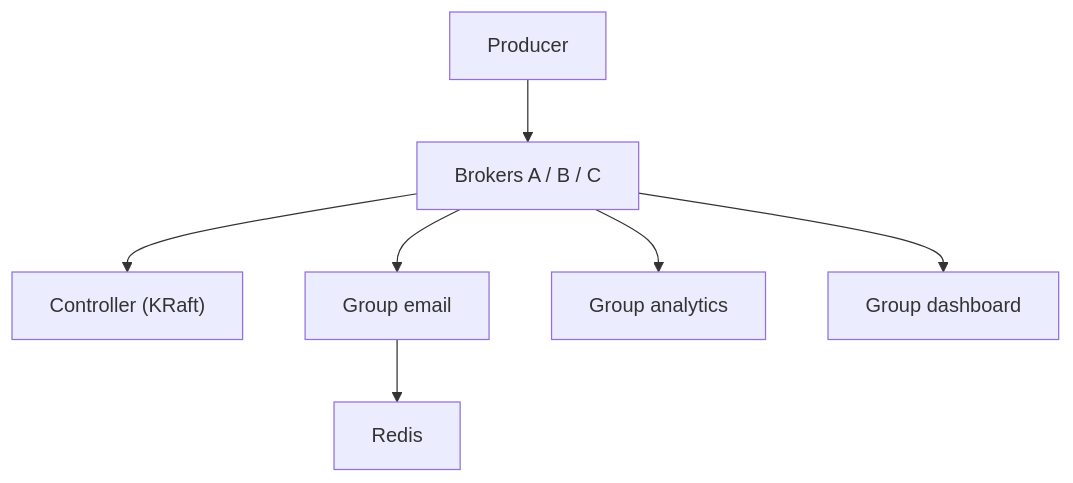
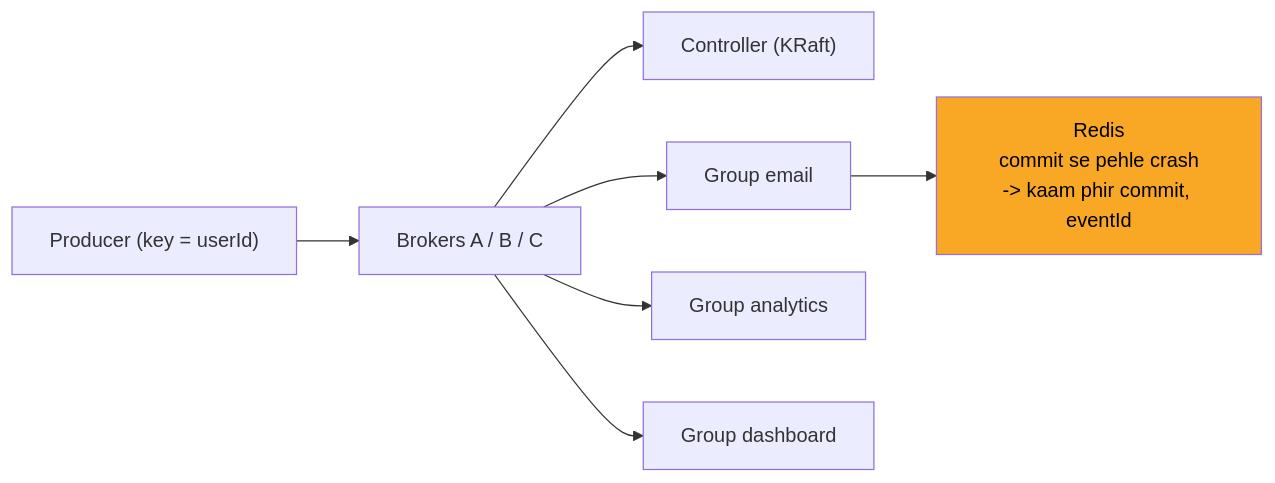
The eighth of 12 diagrams in 04_HLD/SYSTEM_DESIGNS/12_message_queue_kafka/12_message_queue_kafka.md (ArpanMaheshwari144/Prep), drawn with Mermaid before and after one commit. The commit also changed other lines of this file and 2 other files, not shown here.

Commit message:
docs, kafka, banking: one-day story, short cards, follow-ups with rules, highlighted diagrams

````diff
--- a/04_HLD/SYSTEM_DESIGNS/12_message_queue_kafka/12_message_queue_kafka.md
+++ b/04_HLD/SYSTEM_DESIGNS/12_message_queue_kafka/12_message_queue_kafka.md
@@ -259,16 +255,17 @@
 ```mermaid
-flowchart TD
-    n_Producer["Producer"]
-    n_Brokers_A_B_C["Brokers A / B / C"]
-    n_Controller_KRaft["Controller (KRaft)"]
-    n_Group_email["Group email"]
-    n_Redis["Redis"]
-    n_Group_analytics["Group analytics"]
-    n_Group_dashboard["Group dashboard"]
-    n_Producer --> n_Brokers_A_B_C
-    n_Brokers_A_B_C --> n_Controller_KRaft
-    n_Brokers_A_B_C --> n_Group_email
-    n_Brokers_A_B_C --> n_Group_analytics
-    n_Brokers_A_B_C --> n_Group_dashboard
-    n_Group_email --> n_Redis
+flowchart LR
+    n_P["Producer (key = userId)"]
+    n_B["Brokers A / B / C"]
+    n_K["Controller (KRaft)"]
+    n_GE["Group email"]
+    n_R["Redis<br/>commit se pehle crash<br/>-> kaam phir commit, eventId"]
+    n_GA["Group analytics"]
+    n_GD["Group dashboard"]
+    n_P --> n_B
+    n_B --> n_K
+    n_B --> n_GE
+    n_B --> n_GA
+    n_B --> n_GD
+    n_GE --> n_R
+    style n_R fill:#f9a825,color:#000
 ```
````
